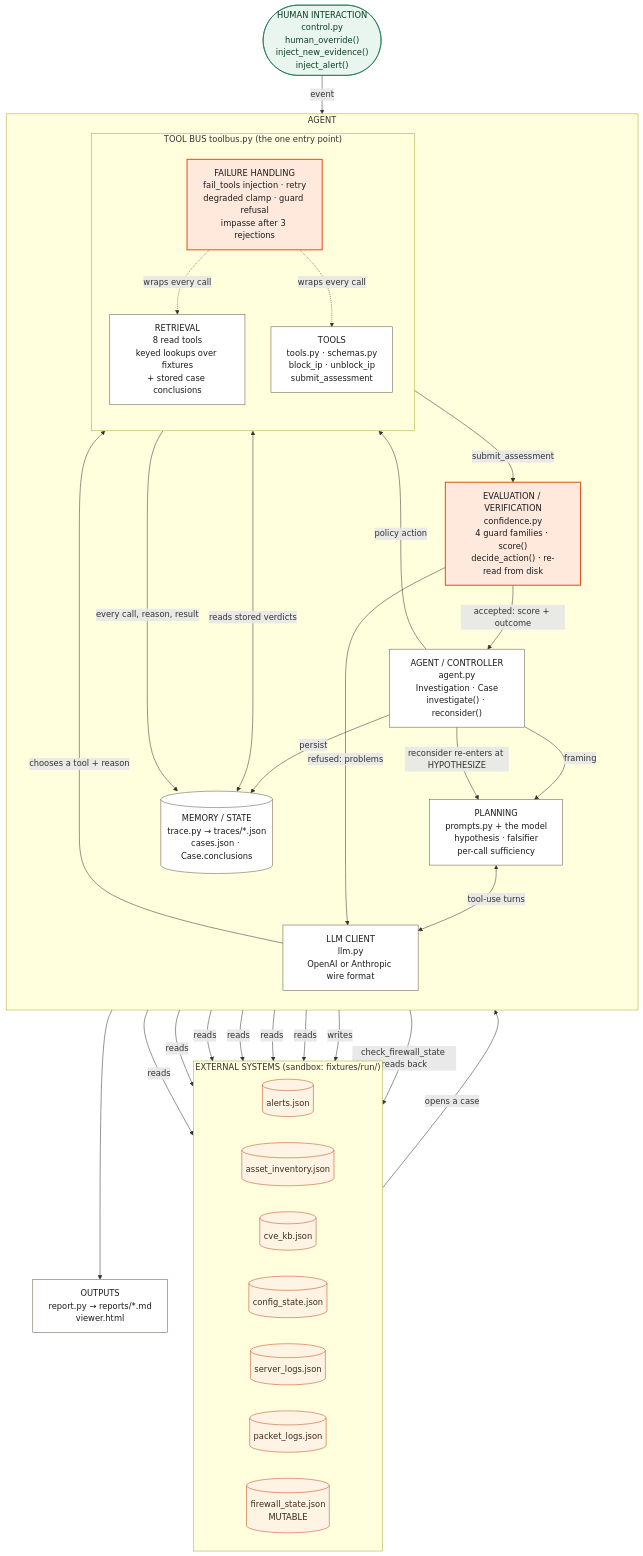
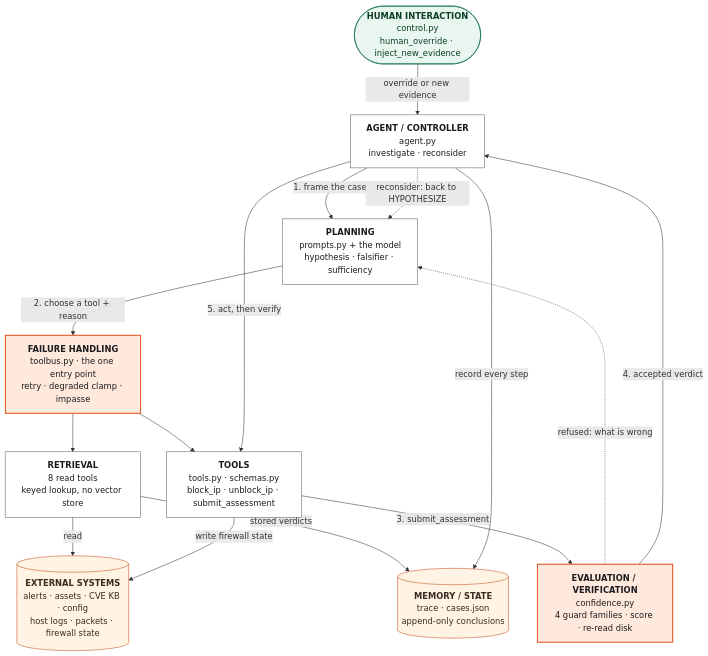
One commit to Graybeep/Dropout_Autonomous-SOC-Investigation-Response-Agent changed the first of 2 diagrams in docs/ARCHITECTURE.md. Above: the diagram before and after it, drawn with Mermaid. The commit also changed other lines of this file and 9 other files, not shown here.

````diff
--- a/docs/ARCHITECTURE.md
+++ b/docs/ARCHITECTURE.md
@@ -16,65 +16,36 @@
 ```mermaid
 flowchart TB
-    %% ---------- outside the agent ----------
-    subgraph EXT["EXTERNAL SYSTEMS  (sandbox: fixtures/run/)"]
-        direction LR
-        ALERTS[("alerts.json")]
-        ASSETS[("asset_inventory.json")]
-        CVE[("cve_kb.json")]
-        CONF[("config_state.json")]
-        LOGS[("server_logs.json")]
-        PKT[("packet_logs.json")]
-        FW[("firewall_state.json<br/>MUTABLE")]
-    end
+    HUMAN(["<b>HUMAN INTERACTION</b><br/>control.py<br/>human_override · inject_new_evidence"])
+    CTRL["<b>AGENT / CONTROLLER</b><br/>agent.py<br/>investigate · reconsider"]
+    PLAN["<b>PLANNING</b><br/>prompts.py + the model<br/>hypothesis · falsifier · sufficiency"]
+    FAIL["<b>FAILURE HANDLING</b><br/>toolbus.py · the one entry point<br/>retry · degraded clamp · impasse"]
+    RETR["<b>RETRIEVAL</b><br/>8 read tools<br/>keyed lookup, no vector store"]
+    TOOLS["<b>TOOLS</b><br/>tools.py · schemas.py<br/>block_ip · unblock_ip · submit_assessment"]
+    EVAL["<b>EVALUATION / VERIFICATION</b><br/>confidence.py<br/>4 guard families · score · re-read disk"]
+    MEM[("<b>MEMORY / STATE</b><br/>trace · cases.json<br/>append-only conclusions")]
+    EXT[("<b>EXTERNAL SYSTEMS</b><br/>alerts · assets · CVE KB · config<br/>host logs · packets · firewall state")]
 
-    HUMAN(["HUMAN INTERACTION<br/>control.py<br/>human_override()<br/>inject_new_evidence()<br/>inject_alert()"])
+    HUMAN -->|override or new evidence| CTRL
+    CTRL -->|"1. frame the case"| PLAN
+    PLAN -->|"2. choose a tool + reason"| FAIL
+    FAIL --> RETR
+    FAIL --> TOOLS
+    RETR -->|read| EXT
+    TOOLS -->|write firewall state| EXT
+    RETR -->|stored verdicts| MEM
+    TOOLS -->|"3. submit_assessment"| EVAL
+    EVAL -.->|refused: what is wrong| PLAN
+    EVAL -->|"4. accepted verdict"| CTRL
+    CTRL -->|"5. act, then verify"| TOOLS
+    CTRL -->|record every step| MEM
+    CTRL -.->|reconsider: back to HYPOTHESIZE| PLAN
 
-    subgraph CORE["AGENT"]
-        direction TB
-        CTRL["AGENT / CONTROLLER<br/>agent.py<br/>Investigation · Case<br/>investigate() · reconsider()"]
-        PLAN["PLANNING<br/>prompts.py + the model<br/>hypothesis · falsifier<br/>per-call sufficiency"]
-        LLM["LLM CLIENT<br/>llm.py<br/>OpenAI or Anthropic wire format"]
-
-        subgraph BUS["TOOL BUS  toolbus.py  (the one entry point)"]
-            direction TB
-            RETR["RETRIEVAL<br/>8 read tools<br/>keyed lookups over fixtures<br/>+ stored case conclusions"]
-            TOOLS["TOOLS<br/>tools.py · schemas.py<br/>block_ip · unblock_ip<br/>submit_assessment"]
-            FAIL["FAILURE HANDLING<br/>fail_tools injection · retry<br/>degraded clamp · guard refusal<br/>impasse after 3 rejections"]
-        end
-
-        EVAL["EVALUATION / VERIFICATION<br/>confidence.py<br/>4 guard families · score()<br/>decide_action() · re-read from disk"]
-        MEM[("MEMORY / STATE<br/>trace.py → traces/*.json<br/>cases.json · Case.conclusions")]
-    end
-
-    OUT["OUTPUTS<br/>report.py → reports/*.md<br/>viewer.html"]
-
-    %% ---------- the reasoning loop ----------
-    ALERTS -->|opens a case| CTRL
-    CTRL -->|framing| PLAN
-    PLAN <-->|tool-use turns| LLM
-    LLM -->|chooses a tool + reason| BUS
-    RETR -->|reads| ASSETS & CVE & CONF & LOGS & PKT & ALERTS
-    RETR <-->|reads stored verdicts| MEM
-    TOOLS -->|writes| FW
-    RETR -->|check_firewall_state reads back| FW
-    FAIL -.->|wraps every call| RETR
-    FAIL -.->|wraps every call| TOOLS
-    TOOLS -->|submit_assessment| EVAL
-    EVAL -->|refused: problems| LLM
-    EVAL -->|accepted: score + outcome| CTRL
-    CTRL -->|policy action| TOOLS
-    BUS -->|every call, reason, result| MEM
-    CTRL -->|persist| MEM
-    HUMAN -->|event| CTRL
-    CTRL -->|reconsider re-enters at HYPOTHESIZE| PLAN
-    MEM --> OUT
-
-    classDef ext fill:#FFF3E4,stroke:#C4491A,color:#3B2A1F
-    classDef core fill:#FFFFFF,stroke:#6B5344,color:#1C1C1E
-    classDef key fill:#FFE8DC,stroke:#E2551F,color:#1C1C1E,stroke-width:2px
-    classDef human fill:#E8F6EF,stroke:#0B6B44,color:#0B3D27
-    class ALERTS,ASSETS,CVE,CONF,LOGS,PKT,FW ext
-    class CTRL,PLAN,LLM,RETR,TOOLS,MEM,OUT core
-    class EVAL,FAIL key
+    classDef base fill:#FFFFFF,stroke:#6B5344,color:#1C1C1E,stroke-width:1px
+    classDef gate fill:#FFE8DC,stroke:#E2551F,color:#1C1C1E,stroke-width:2px
+    classDef store fill:#FFF3E4,stroke:#C4491A,color:#3B2A1F,stroke-width:1px
+    classDef human fill:#E8F6EF,stroke:#0B6B44,color:#0B3D27,stroke-width:1px
+    class CTRL,PLAN,RETR,TOOLS base
+    class EVAL,FAIL gate
+    class MEM,EXT store
     class HUMAN human
 ```
````
